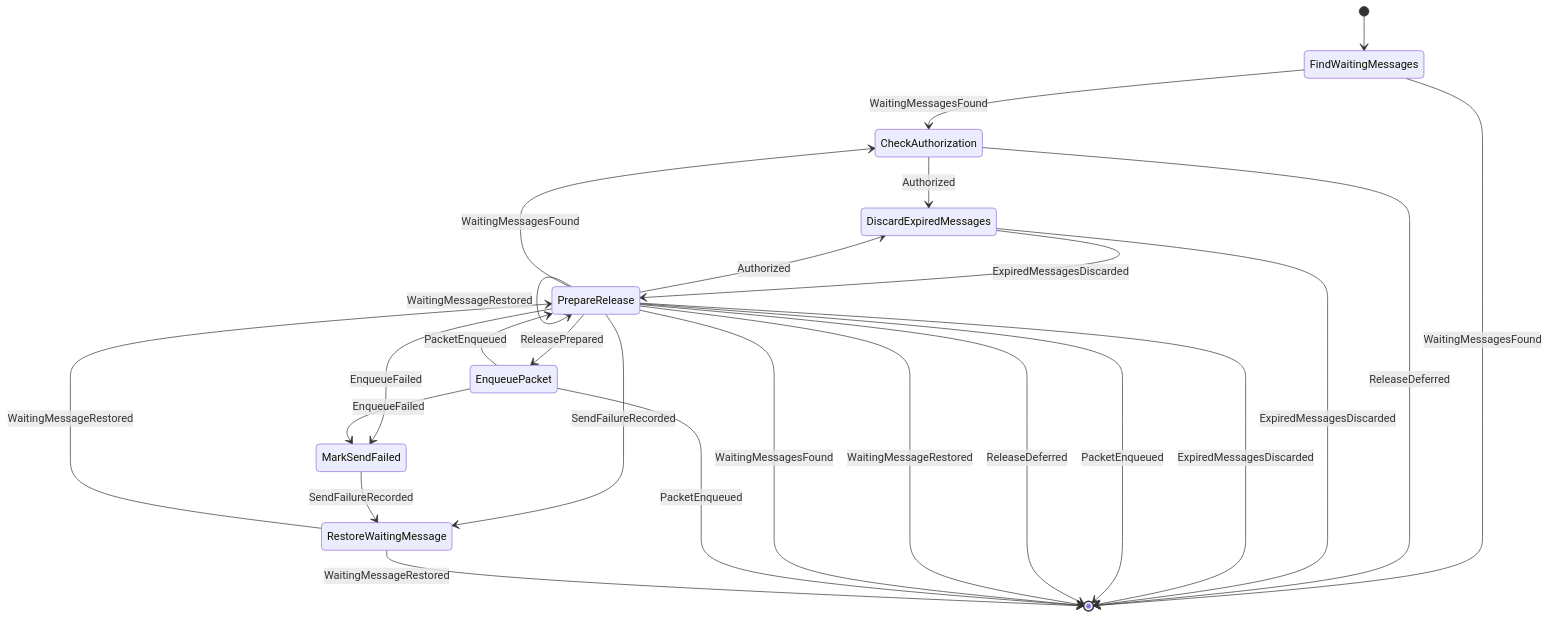
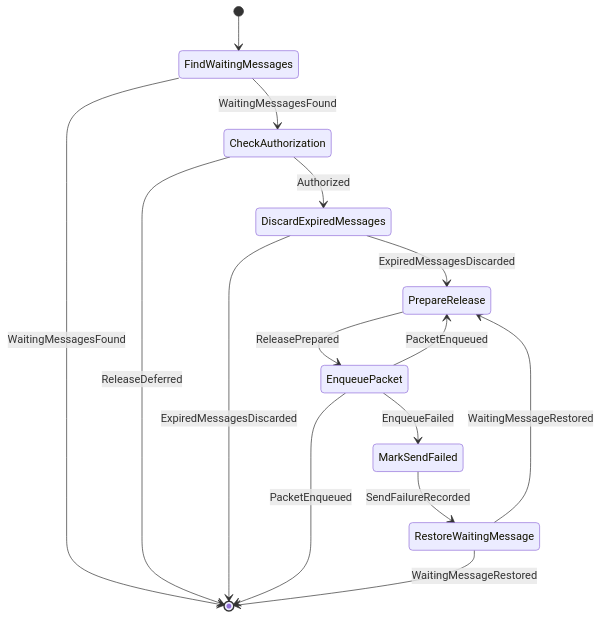
Before and after one commit to cbgm/Sparrow: diagram 11 of 22 in docs/architecture/workflows/message.md, drawn with Mermaid. The commit also changed other lines of this file and 226 other files, not shown here.

````diff
--- a/docs/architecture/workflows/message.md
+++ b/docs/architecture/workflows/message.md
@@ -307,29 +304,17 @@
 ```mermaid
 stateDiagram-v2
     [*] --> FindWaitingMessages
     FindWaitingMessages --> CheckAuthorization : WaitingMessagesFound
     FindWaitingMessages --> [*] : WaitingMessagesFound
     CheckAuthorization --> DiscardExpiredMessages : Authorized
     CheckAuthorization --> [*] : ReleaseDeferred
     DiscardExpiredMessages --> PrepareRelease : ExpiredMessagesDiscarded
     DiscardExpiredMessages --> [*] : ExpiredMessagesDiscarded
-    PrepareRelease --> DiscardExpiredMessages : Authorized
-    PrepareRelease --> MarkSendFailed : EnqueueFailed
-    PrepareRelease --> PrepareRelease : ExpiredMessagesDiscarded
-    PrepareRelease --> [*] : ExpiredMessagesDiscarded
-    PrepareRelease --> PrepareRelease : PacketEnqueued
-    PrepareRelease --> [*] : PacketEnqueued
-    PrepareRelease --> [*] : ReleaseDeferred
     PrepareRelease --> EnqueuePacket : ReleasePrepared
-    PrepareRelease --> RestoreWaitingMessage : SendFailureRecorded
-    PrepareRelease --> PrepareRelease : WaitingMessageRestored
-    PrepareRelease --> [*] : WaitingMessageRestored
-    PrepareRelease --> CheckAuthorization : WaitingMessagesFound
-    PrepareRelease --> [*] : WaitingMessagesFound
     EnqueuePacket --> MarkSendFailed : EnqueueFailed
     EnqueuePacket --> PrepareRelease : PacketEnqueued
     EnqueuePacket --> [*] : PacketEnqueued
     MarkSendFailed --> RestoreWaitingMessage : SendFailureRecorded
     RestoreWaitingMessage --> PrepareRelease : WaitingMessageRestored
     RestoreWaitingMessage --> [*] : WaitingMessageRestored
 ```
````
